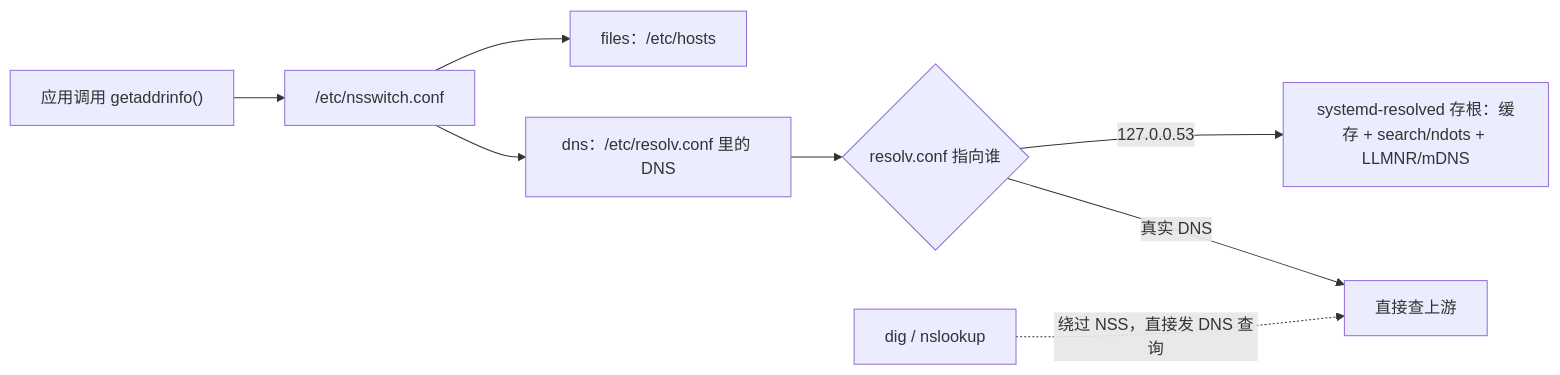
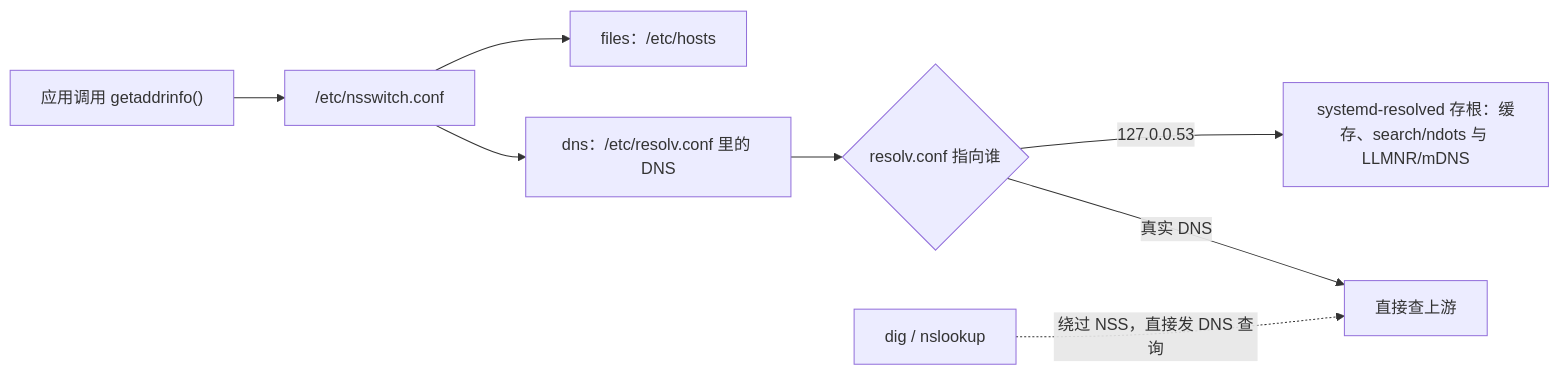
The first of 3 diagrams in Linux/06_网络协议栈与排障/04_原理_连接的生命周期.md (realtyz/ops-manual), drawn with Mermaid before and after one commit. The commit also changed other lines of this file and 118 other files, not shown here.

````diff
--- a/Linux/06_网络协议栈与排障/04_原理_连接的生命周期.md
+++ b/Linux/06_网络协议栈与排障/04_原理_连接的生命周期.md
@@ -20,10 +20,10 @@
 ```mermaid
 flowchart LR
   A["应用调用 getaddrinfo()"] --> B["/etc/nsswitch.conf"]
   B --> C["files：/etc/hosts"]
   B --> D["dns：/etc/resolv.conf 里的 DNS"]
   D --> E{"resolv.conf 指向谁"}
-  E -- "127.0.0.53" --> F["systemd-resolved 存根：缓存 + search/ndots + LLMNR/mDNS"]
+  E -- "127.0.0.53" --> F["systemd-resolved 存根：缓存、search/ndots 与 LLMNR/mDNS"]
   E -- "真实 DNS" --> G["直接查上游"]
   H["dig / nslookup"] -.->|"绕过 NSS，直接发 DNS 查询"| G
 ```
````
